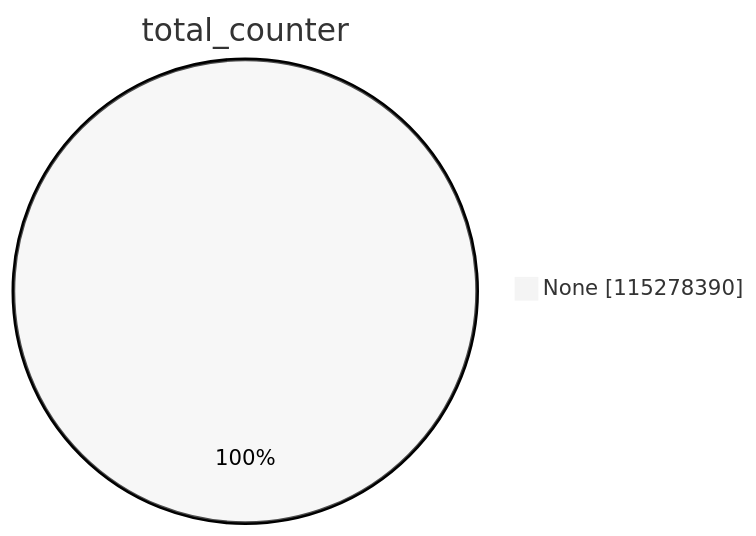
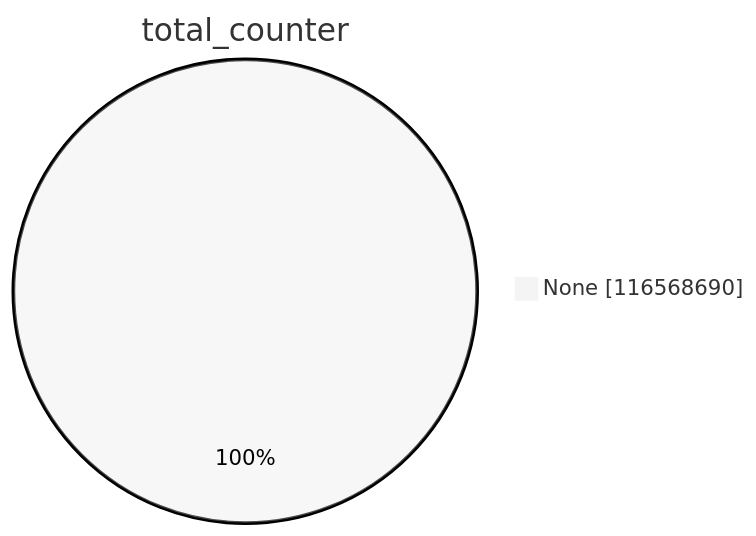
One commit to christiankrug/ctmonitor_visualization changed the first of 15 diagrams in xenon2023/README.md. Above: the diagram before and after it, drawn with Mermaid (neutral theme). The commit also changed other lines of this file, not shown here.

````diff
--- a/xenon2023/README.md
+++ b/xenon2023/README.md
@@ -1,5 +1,5 @@
 ```mermaid
 pie showData
 title total_counter
-"None" :115278390
+"None" :116568690
 ```
````
